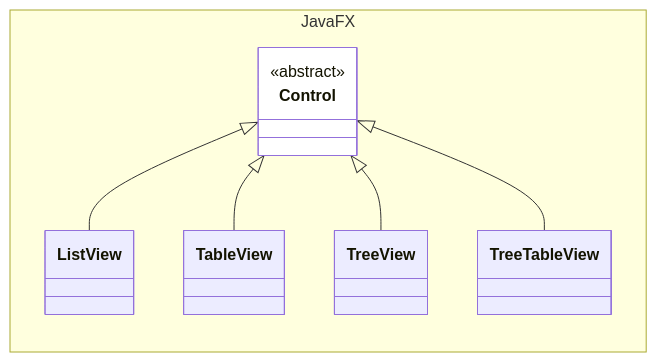
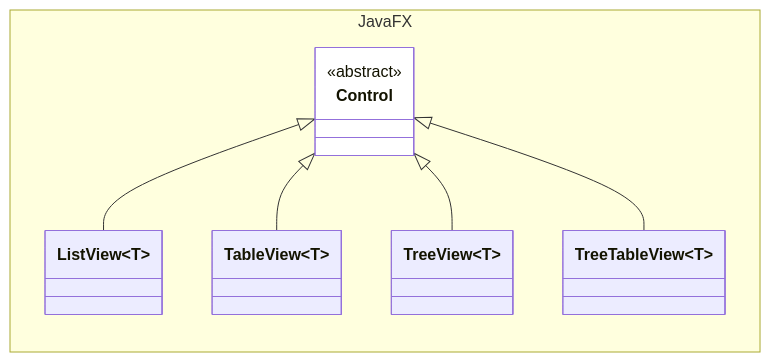
The diagram in Grafiken/JavaFX/Controls/View.mmd (ghackenberg/kurs-java-programmierung), drawn with Mermaid before and after one commit. The commit also changed 39 other files, not shown here.

```diff
--- a/Grafiken/JavaFX/Controls/View.mmd
+++ b/Grafiken/JavaFX/Controls/View.mmd
@@ -1,34 +1,31 @@
 classDiagram
 
     direction LR
 
     namespace JavaFX {
 
         class Control {
             <<abstract>>
         }
 
-        class ListView {
-
+        class ListView["ListView&lt;T&gt;"] {
         }
 
-        class TableView {
-
+        class TableView["TableView&lt;T&gt;"] {
         }
 
-        class TreeView {
-
+        class TreeView["TreeView&lt;T&gt;"] {
         }
 
-        class TreeTableView {
-
+        class TreeTableView["TreeTableView&lt;T&gt;"] {
         }
 
     }
 
     Control <|-- ListView
     Control <|-- TableView
     Control <|-- TreeView
     Control <|-- TreeTableView
 
+    style Node fill:white
     style Control fill:white
```
